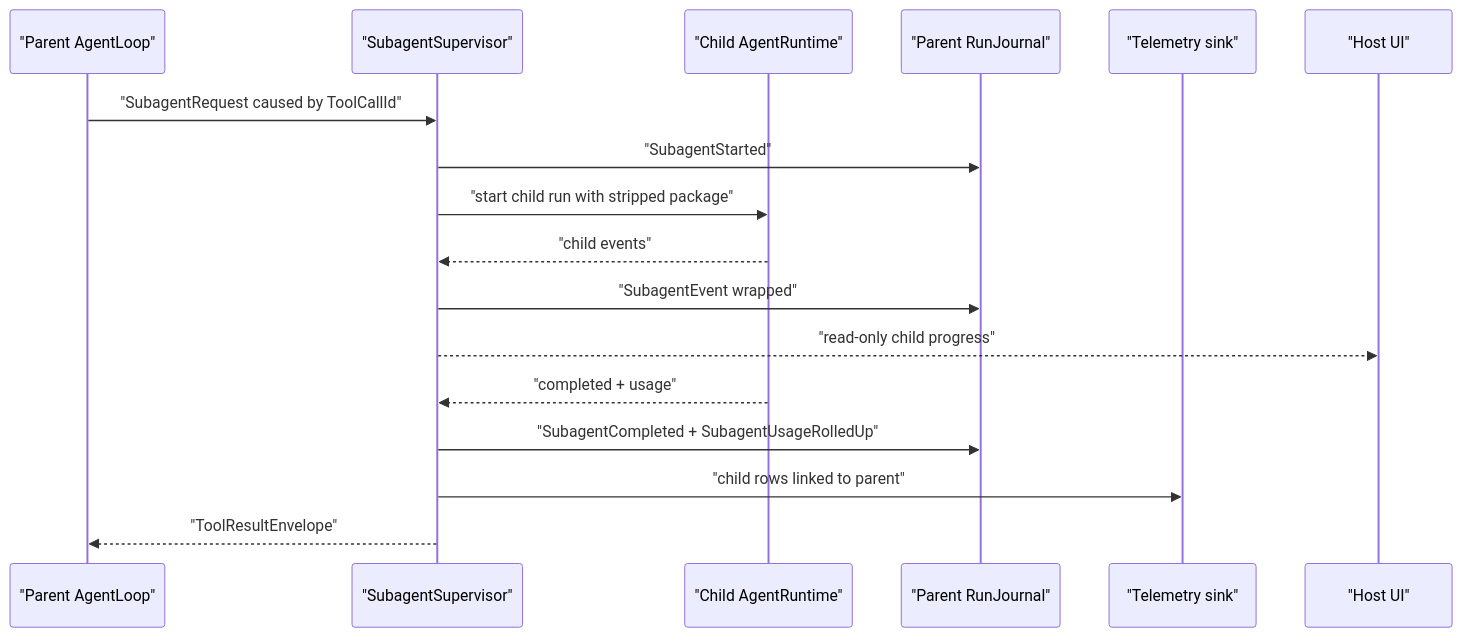
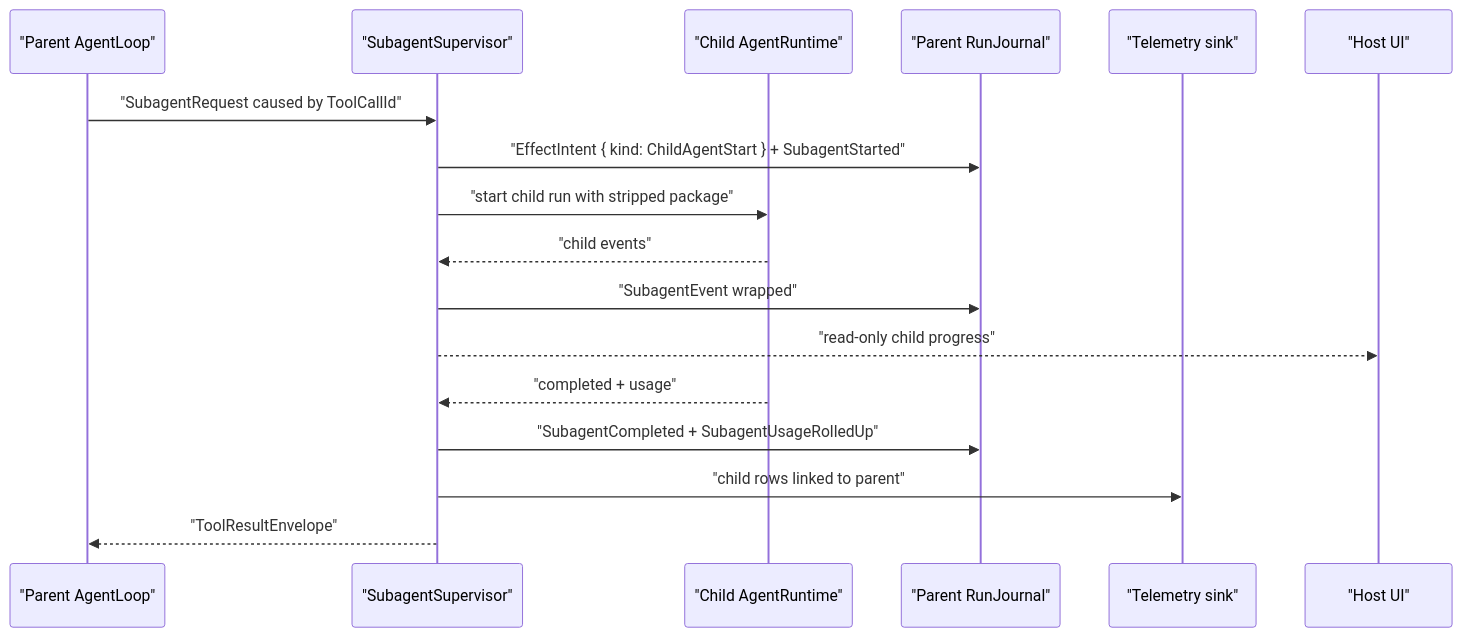
The second of 3 diagrams in docs/examples/subagent-supervision-workflow.md (heyclawdia/clawdia_sdk), drawn with Mermaid before and after one commit. The commit also changed other lines of this file and 14 other files, not shown here.

````diff
--- a/docs/examples/subagent-supervision-workflow.md
+++ b/docs/examples/subagent-supervision-workflow.md
@@ -27,20 +27,20 @@
 ```mermaid
 sequenceDiagram
   participant Parent as "Parent AgentLoop"
   participant Sup as "SubagentSupervisor"
   participant Child as "Child AgentRuntime"
   participant Journal as "Parent RunJournal"
   participant Telemetry as "Telemetry sink"
   participant UI as "Host UI"
 
   Parent->>Sup: "SubagentRequest caused by ToolCallId"
-  Sup->>Journal: "SubagentStarted"
+  Sup->>Journal: "EffectIntent { kind: ChildAgentStart } + SubagentStarted"
   Sup->>Child: "start child run with stripped package"
   Child-->>Sup: "child events"
   Sup->>Journal: "SubagentEvent wrapped"
   Sup-->>UI: "read-only child progress"
   Child-->>Sup: "completed + usage"
   Sup->>Journal: "SubagentCompleted + SubagentUsageRolledUp"
   Sup->>Telemetry: "child rows linked to parent"
   Sup-->>Parent: "ToolResultEnvelope"
 ```
````
